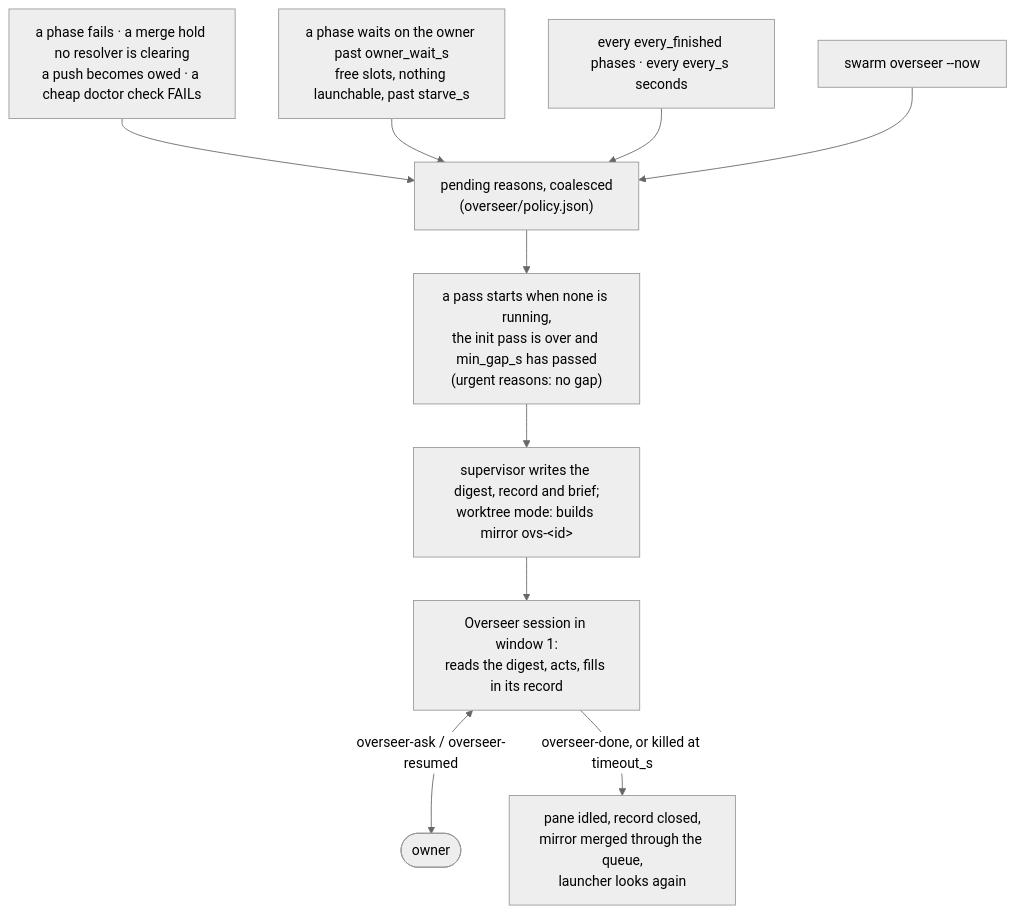
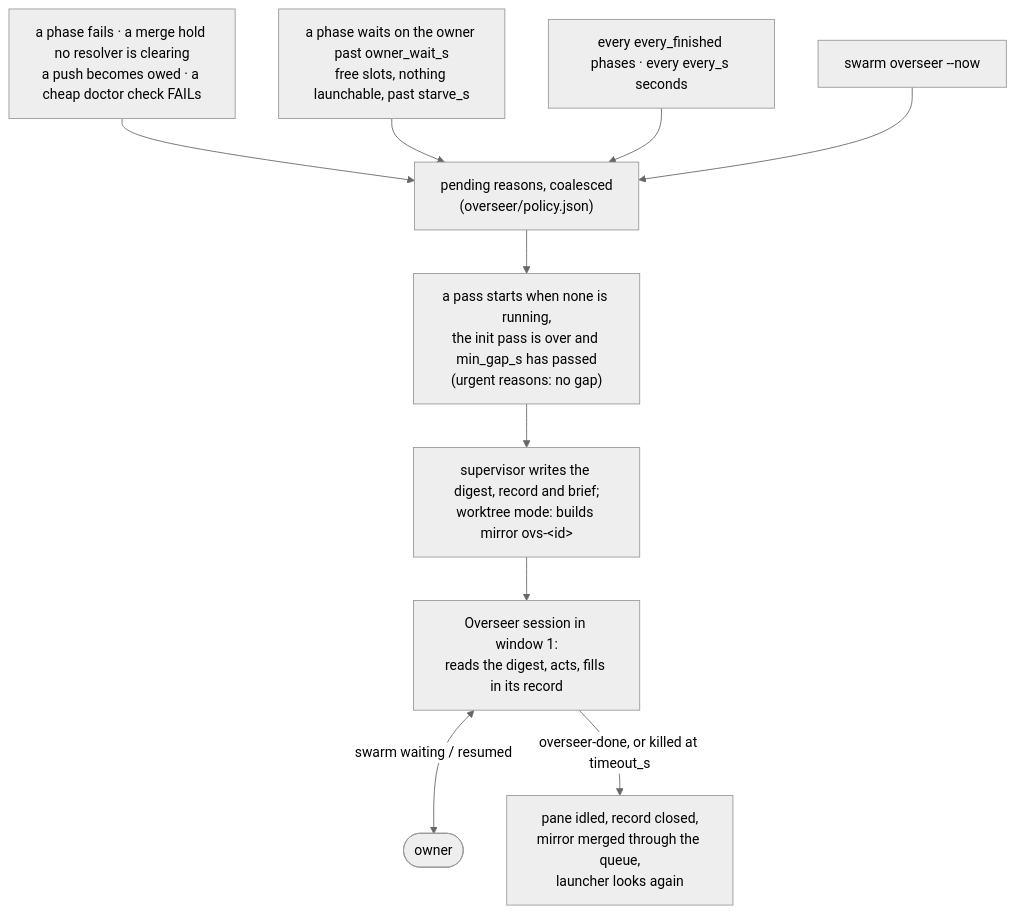
One commit to sezaiarda/swarm-orchestrator changed the second of 5 diagrams in README.md. Above: the diagram before and after it, drawn with Mermaid (neutral theme). The commit also changed other lines of this file and 3 other files, not shown here.

Commit message:
docs: waiting and parking for every session, not-before, owner rows; asks removed

````diff
--- a/README.md
+++ b/README.md
@@ -222,12 +219,12 @@
 ```mermaid
 flowchart TD
   ev1["a phase fails · a merge hold no resolver is clearing<br/>a push becomes owed · a cheap doctor check FAILs"] --> pend
   ev2["a phase waits on the owner past owner_wait_s<br/>free slots, nothing launchable, past starve_s"] --> pend
   ct["every every_finished phases · every every_s seconds"] --> pend
   mn["swarm overseer --now"] --> pend
   pend["pending reasons, coalesced<br/>(overseer/policy.json)"] --> due["a pass starts when none is running,<br/>the init pass is over and min_gap_s has passed<br/>(urgent reasons: no gap)"]
   due --> prep["supervisor writes the digest, record and brief;<br/>worktree mode: builds mirror ovs-&lt;id&gt;"]
   prep --> pass["Overseer session in window 1:<br/>reads the digest, acts, fills in its record"]
-  pass <-- "overseer-ask / overseer-resumed" --> own(["owner"])
+  pass <-- "swarm waiting / resumed" --> own(["owner"])
   pass -- "overseer-done, or killed at timeout_s" --> fin["pane idled, record closed,<br/>mirror merged through the queue,<br/>launcher looks again"]
 ```
````
